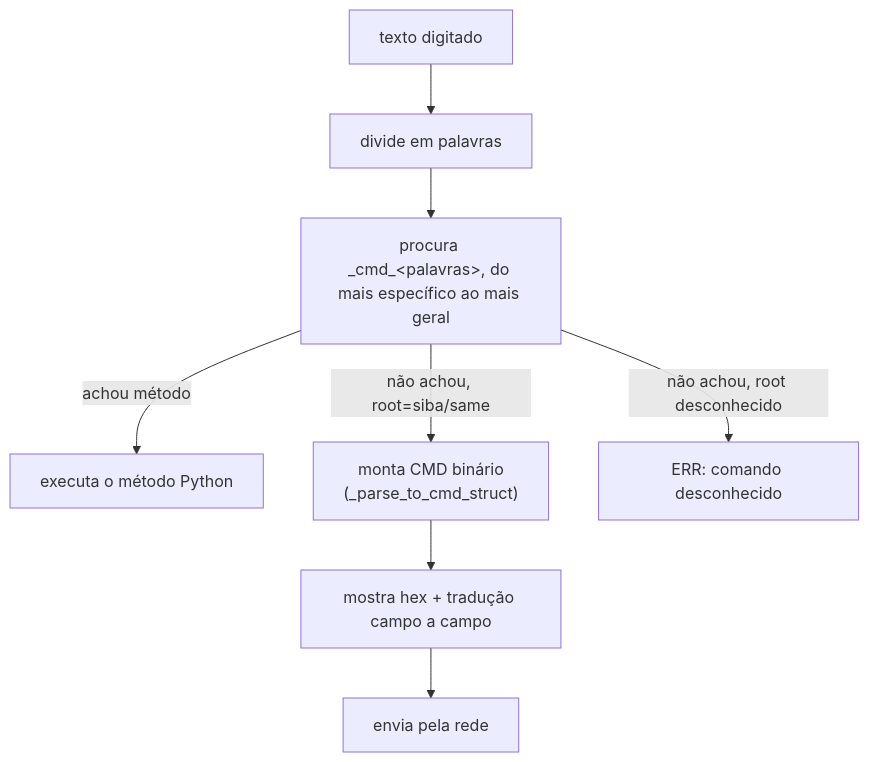
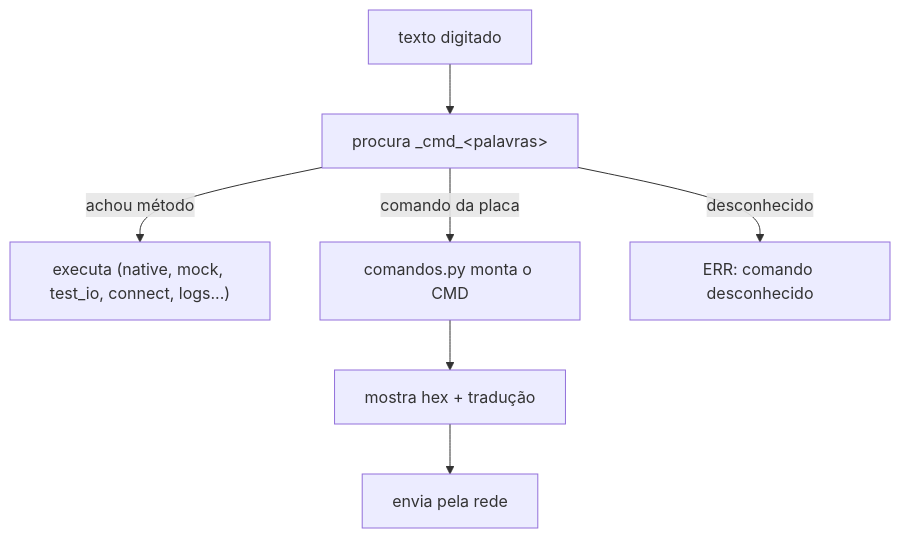
One commit to vitordallolivo/TCC changed the third of 4 diagrams in gui/README.md. Above: the diagram before and after it, drawn with Mermaid. The commit also changed other lines of this file and 48 other files, not shown here.

````diff
--- a/gui/README.md
+++ b/gui/README.md
@@ -320,10 +290,9 @@
 ```mermaid
 flowchart TD
-    Input["texto digitado"] --> Split["divide em palavras"]
-    Split --> Try["procura _cmd_&lt;palavras&gt;, do mais específico ao mais geral"]
-    Try -->|achou método| Run["executa o método Python"]
-    Try -->|"não achou, root=siba/same"| Parse["monta CMD binário<br/>(_parse_to_cmd_struct)"]
-    Parse --> Log["mostra hex + tradução campo a campo"]
+    Input["texto digitado"] --> Try["procura _cmd_&lt;palavras&gt;"]
+    Try -->|achou método| Run["executa (native, mock, test_io, connect, logs...)"]
+    Try -->|"comando da placa"| Parse["comandos.py monta o CMD"]
+    Parse --> Log["mostra hex + tradução"]
     Log --> Send["envia pela rede"]
-    Try -->|"não achou, root desconhecido"| Err["ERR: comando desconhecido"]
+    Try -->|"desconhecido"| Err["ERR: comando desconhecido"]
 ```
````
